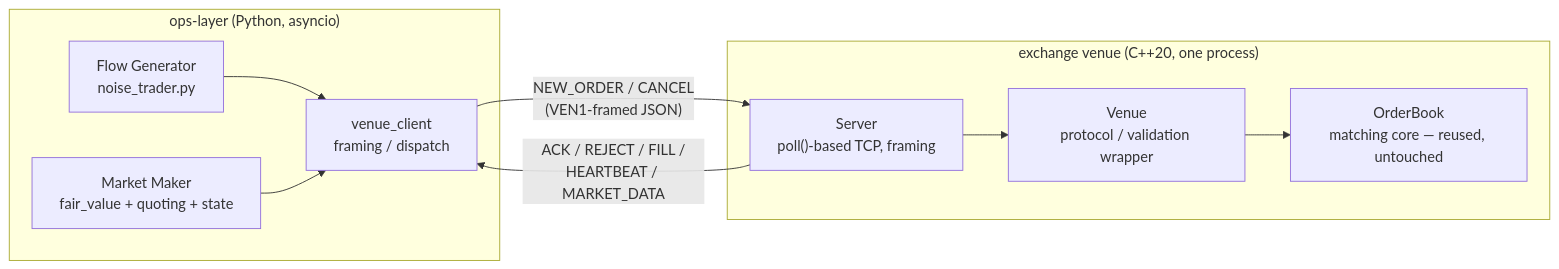
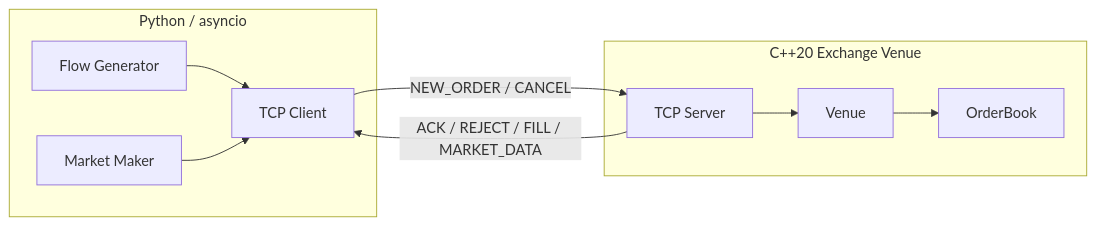
One commit to quynhanhha/market-maker-ops changed the diagram in README.md. Above: the diagram before and after it, drawn with Mermaid. The commit also changed other lines of this file, not shown here.

Commit message:
docs: streamline README to reflect current architecture and verification

````diff
--- a/README.md
+++ b/README.md
@@ -16,20 +9,20 @@
 ```mermaid
 graph LR
-    subgraph PY ["ops-layer (Python, asyncio)"]
-        FG["Flow Generator<br/>noise_trader.py"]
-        MM["Market Maker<br/>fair_value + quoting + state"]
-        VC["venue_client<br/>framing / dispatch"]
+    subgraph Python["Python / asyncio"]
+        FG["Flow Generator"]
+        MM["Market Maker"]
+        VC["TCP Client"]
         FG --> VC
         MM --> VC
     end
 
-    subgraph CPP ["exchange venue (C++20, one process)"]
-        SRV["Server<br/>poll()-based TCP, framing"]
-        VEN["Venue<br/>protocol / validation wrapper"]
-        OB["OrderBook<br/>matching core — reused, untouched"]
+    subgraph CPP["C++20 Exchange Venue"]
+        SRV["TCP Server"]
+        VEN["Venue"]
+        OB["OrderBook"]
         SRV --> VEN --> OB
     end
 
-    VC -- "NEW_ORDER / CANCEL<br/>(VEN1-framed JSON)" --> SRV
-    SRV -- "ACK / REJECT / FILL /<br/>HEARTBEAT / MARKET_DATA" --> VC
+    VC -- "NEW_ORDER / CANCEL" --> SRV
+    SRV -- "ACK / REJECT / FILL / MARKET_DATA" --> VC
 ```
````
